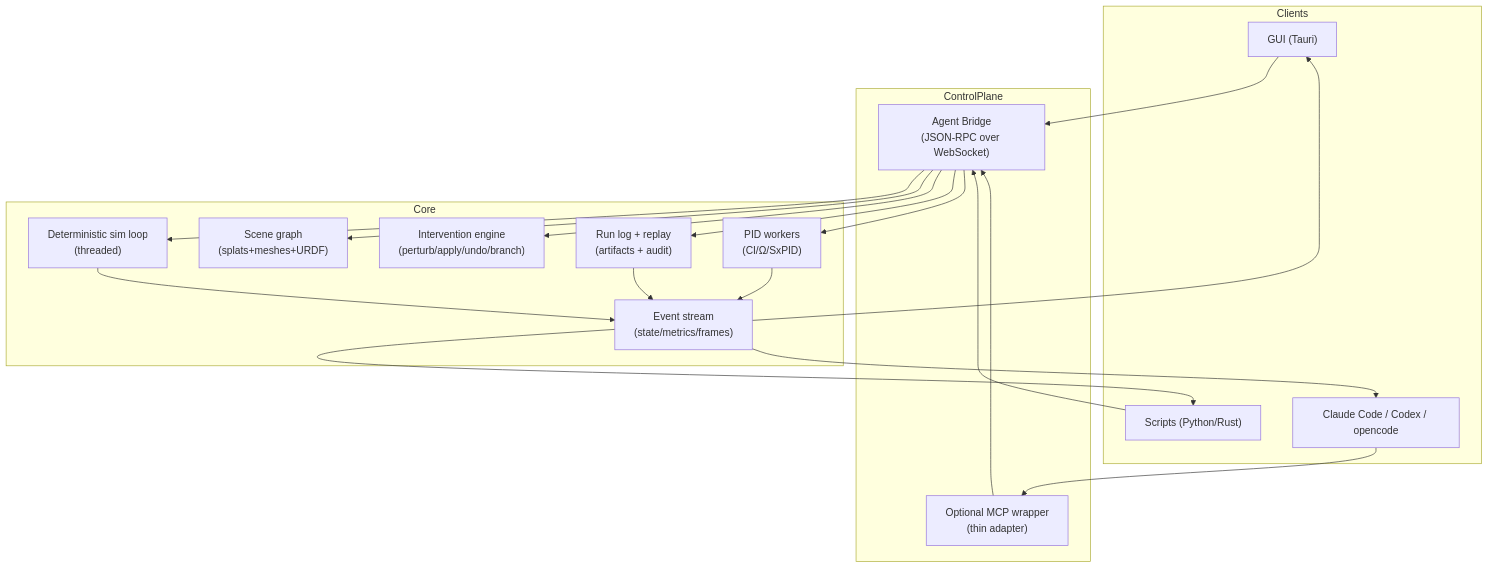
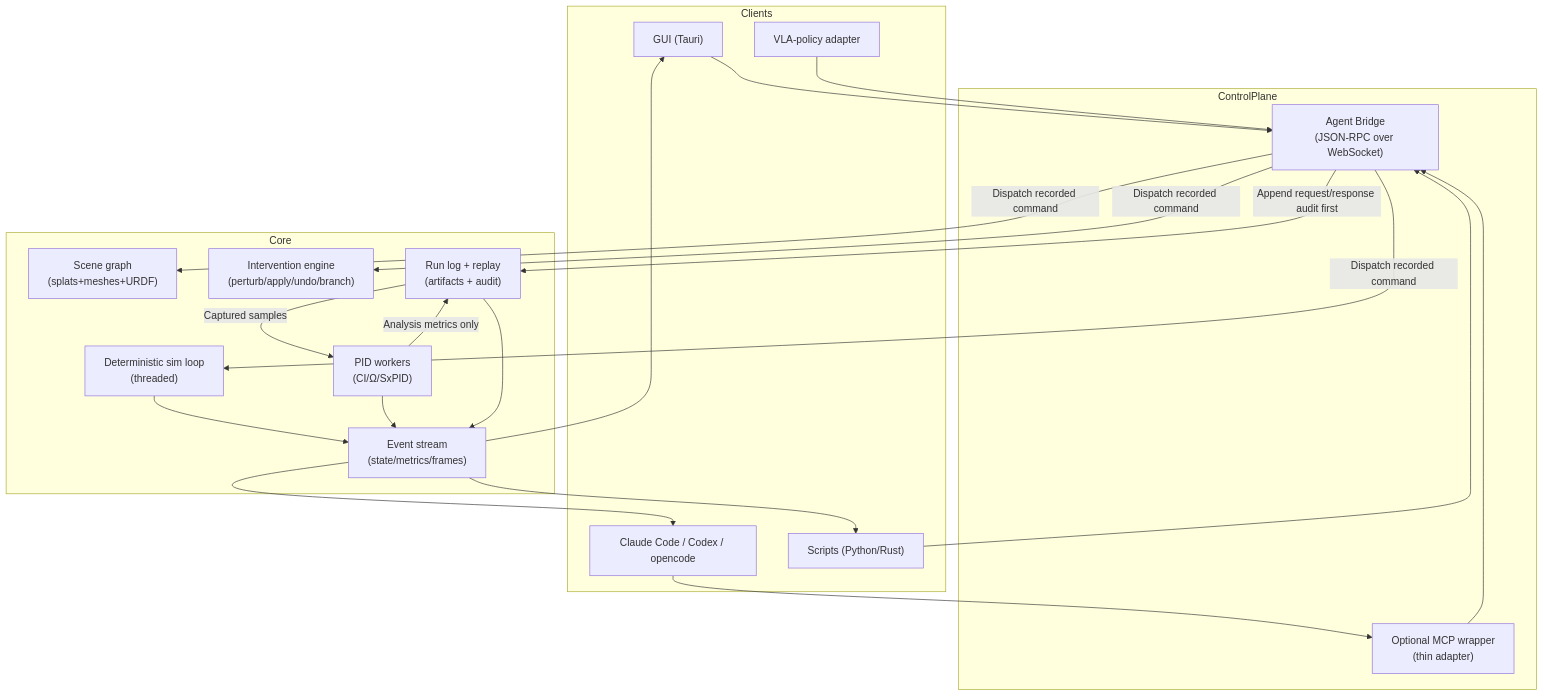
One commit to sepahead/prisoma changed diagram 15 of 18 in DIAGRAMS.md. Above: the diagram before and after it, drawn with Mermaid. The commit also changed other lines of this file and 20 other files, not shown here.

````diff
--- a/DIAGRAMS.md
+++ b/DIAGRAMS.md
@@ -534,40 +557,43 @@
 ```mermaid
 graph TB
     subgraph Clients
         UI["GUI (Tauri)"]
+        VLA["VLA-policy adapter"]
         LLM[Claude Code / Codex / opencode]
         Script["Scripts (Python/Rust)"]
     end
 
     subgraph ControlPlane
         RPC["Agent Bridge<br/>(JSON-RPC over WebSocket)"]
         MCP["Optional MCP wrapper<br/>(thin adapter)"]
     end
 
     subgraph Core
         Sim["Deterministic sim loop<br/>(threaded)"]
         Scene["Scene graph<br/>(splats+meshes+URDF)"]
         Intervene["Intervention engine<br/>(perturb/apply/undo/branch)"]
         Log["Run log + replay<br/>(artifacts + audit)"]
         PID["PID workers<br/>(CI/Ω/SxPID)"]
         Events["Event stream<br/>(state/metrics/frames)"]
     end
 
     UI --> RPC
+    VLA --> RPC
     Script --> RPC
     LLM --> MCP --> RPC
 
-    RPC --> Sim
-    RPC --> Scene
-    RPC --> Intervene
-    RPC --> Log
-    RPC --> PID
+    RPC -->|Append request/response audit first| Log
+    RPC -->|Dispatch recorded command| Sim
+    RPC -->|Dispatch recorded command| Scene
+    RPC -->|Dispatch recorded command| Intervene
 
     Sim --> Events
+    Log -->|Captured samples| PID
+    PID -->|Analysis metrics only| Log
     PID --> Events
     Log --> Events
 
     Events --> UI
     Events --> Script
     Events --> LLM
 ```
````
